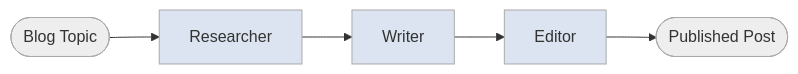
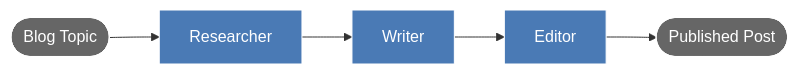
One commit to inbravo/agent-bench changed the diagram in topology/[fw-swap]-[crewai]-[ollama]/README.md. Above: the diagram before and after it, drawn with Mermaid. The commit also changed 10 other files, not shown here.

First line of the commit message:
fix: improve Mermaid diagram contrast for GitHub dark mode

````diff
--- a/topology/[fw-swap]-[crewai]-[ollama]/README.md
+++ b/topology/[fw-swap]-[crewai]-[ollama]/README.md
@@ -8,13 +8,13 @@
 ```mermaid
 flowchart LR
     A([Blog Topic]) --> B[Researcher]
     B --> C[Writer]
     C --> D[Editor]
     D --> E([Published Post])
 
-    style A fill:#eeeeee,stroke:#aaa
-    style B fill:#dbe4f0,stroke:#aaa
-    style C fill:#dbe4f0,stroke:#aaa
-    style D fill:#dbe4f0,stroke:#aaa
-    style E fill:#eeeeee,stroke:#aaa
+    style A fill:#666666,stroke:#fff,color:#fff
+    style B fill:#4a7ab5,stroke:#fff,color:#fff
+    style C fill:#4a7ab5,stroke:#fff,color:#fff
+    style D fill:#4a7ab5,stroke:#fff,color:#fff
+    style E fill:#666666,stroke:#fff,color:#fff
 ```
````
